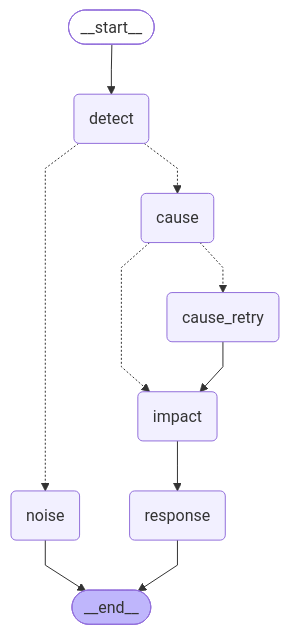
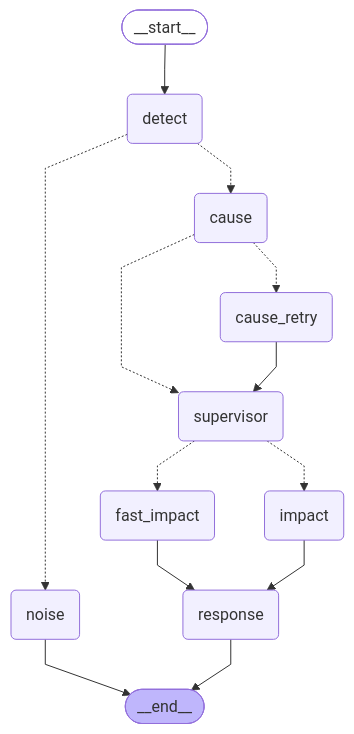
Before and after one commit to FabAgentGroup/fabAgent: the diagram in docs/orchestrator_graph.mmd, drawn with Mermaid. The commit also changed 2 other files, not shown here.

Commit message:
feat(orchestrator): Supervisor agent - LLM-driven dynamic workflow routing

```diff
--- a/docs/orchestrator_graph.mmd
+++ b/docs/orchestrator_graph.mmd
@@ -1,26 +1,31 @@
 ---
 config:
   flowchart:
     curve: linear
 ---
 graph TD;
 	__start__([<p>__start__</p>]):::first
 	detect(detect)
 	noise(noise)
 	cause(cause)
 	cause_retry(cause_retry)
+	supervisor(supervisor)
 	impact(impact)
+	fast_impact(fast_impact)
 	response(response)
 	__end__([<p>__end__</p>]):::last
 	__start__ --> detect;
 	cause -.-> cause_retry;
-	cause -.-> impact;
-	cause_retry --> impact;
+	cause -.-> supervisor;
+	cause_retry --> supervisor;
 	detect -.-> cause;
 	detect -.-> noise;
+	fast_impact --> response;
 	impact --> response;
+	supervisor -.-> fast_impact;
+	supervisor -.-> impact;
 	noise --> __end__;
 	response --> __end__;
 	classDef default fill:#f2f0ff,line-height:1.2
 	classDef first fill-opacity:0
 	classDef last fill:#bfb6fc
```
